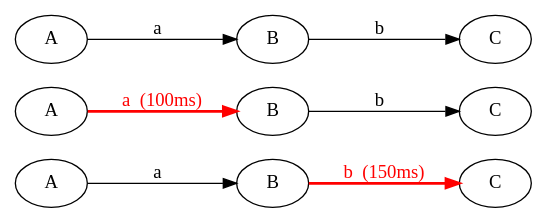
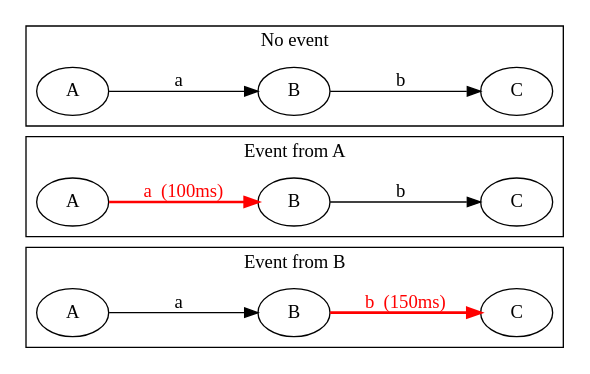
One commit to jvia/fyp changed the first of 6 diagrams in docs/dissertation/dissertation.org. Above: the diagram before and after it, drawn with Graphviz. The commit also changed other lines of this file, not shown here.

Commit message:
Have dot code working correctly.

```diff
--- a/docs/dissertation/dissertation.org
+++ b/docs/dissertation/dissertation.org
@@ -201,34 +201,34 @@
-#+begin_src dot :exports none :file "img/simple.pdf" :cache yes
-   digraph Example1 {
-           rankdir=LR;
-           subgraph step3 {
-                   label="Step #3";
-                   A3[label="A"];
-                   B3[label="B"];
-                   C3[label="C"];
-                   A3 -> B3
-                   [label="a  "];
-                   B3 -> C3
-                   [label="b  (150ms)",color="red",style="bold",fontcolor="red"];
-           }
-           subgraph step2 {
-                   label="Step #2";
-                   A2[label="A"];
-                   B2[label="B"];
-                   C2[label="C"];
-                   A2 -> B2
-                   [label="a  (100ms)",color="red",style="bold",fontcolor="red"];
-                   B2 -> C2 [label="b  "];
-           }
-           subgraph step1 {
-                   label="Step #1";
-                   A1[label="A"];
-                   B1[label="B"];
-                   C1[label="C"];
-                   A1 -> B1 [label="a  "];
-                   B1 -> C1 [label="b  "];
-           }
-   }
+#+begin_src dot :exports none :file "img/simple.pdf" :cache no
+  digraph Example1 {
+  rankdir=LR;
+  subgraph cluster2 {
+  label="Event from B";
+  A3[label="A"];
+  B3[label="B"];
+  C3[label="C"];
+  A3 -> B3
+  [label="a  "];
+  B3 -> C3
+  [label="b  (150ms)",color="red",style="bold",fontcolor="red"];
 
+  }
+  subgraph cluster1 {
+  label="Event from A";
+  A2[label="A"];
+  B2[label="B"];
+  C2[label="C"];
+  A2 -> B2
+  [label="a  (100ms)",color="red",style="bold",fontcolor="red"];
+  B2 -> C2 [label="b  "];
+  }
+  subgraph cluster0 {
+  label="No event";
+  A1[label="A"];
+  B1[label="B"];
+  C1[label="C"];
+  A1 -> B1 [label="a  "];
+  B1 -> C1 [label="b  "];
+  }
 
+  }
 #+end_src
```
